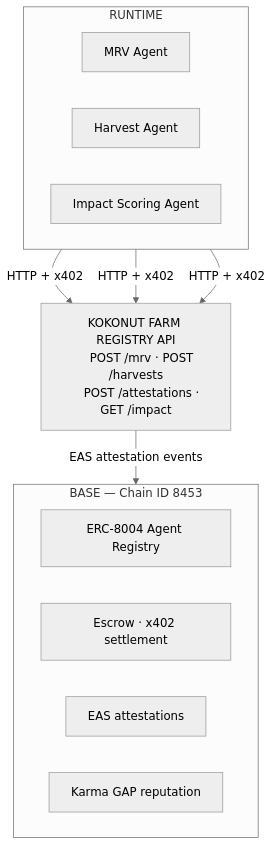
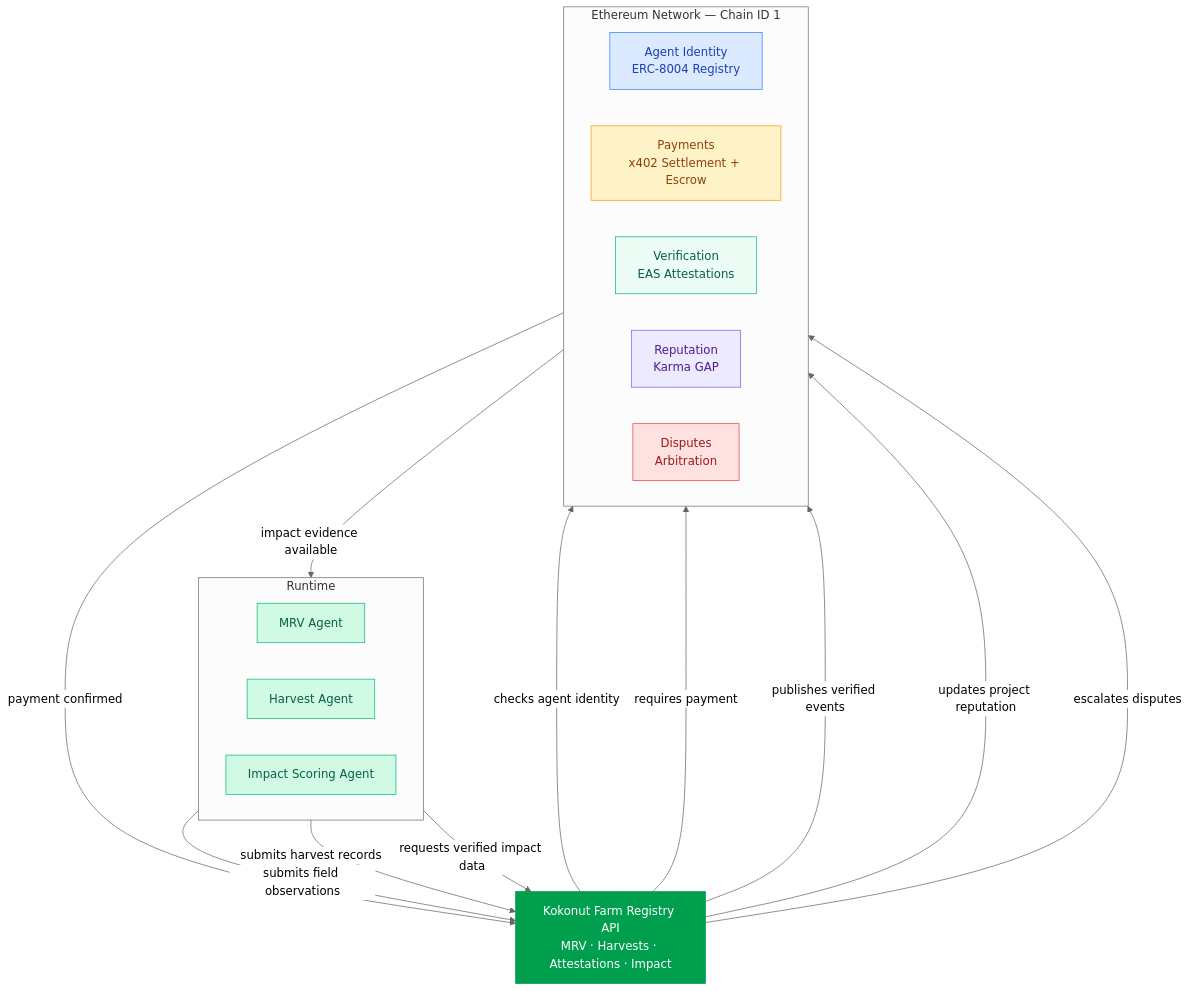
Before and after one commit to wasalo/Kokonut-Public-Site: the first of 2 diagrams in kokonut-x-ai-agents.mdx, drawn with Mermaid (neutral theme). The commit also changed 3 other files, not shown here.

````diff
--- a/kokonut-x-ai-agents.mdx
+++ b/kokonut-x-ai-agents.mdx
@@ -23,26 +23,43 @@
 ```mermaid
 flowchart TD
-    subgraph OS["RUNTIME"]
+    subgraph OS["Runtime"]
         direction LR
         MRV["MRV Agent"]
         HA["Harvest Agent"]
         ISA["Impact Scoring Agent"]
     end
 
-    API["KOKONUT FARM REGISTRY API
-    POST /mrv · POST /harvests
-    POST /attestations · GET /impact"]
+    API["Kokonut Farm Registry API\nMRV · Harvests · Attestations · Impact"]
 
-    subgraph BASE["BASE — Chain ID 8453"]
+    subgraph ETHEREUM["Ethereum Network — Chain ID 1"]
         direction LR
-        ERC["ERC-8004 Agent Registry"]
-        ESC["Escrow · x402 settlement"]
-        EAS["EAS attestations"]
-        KAR["Karma GAP reputation"]
+        ID["Agent Identity\nERC-8004 Registry"]
+        PAY["Payments\nx402 Settlement + Escrow"]
+        ATT["Verification\nEAS Attestations"]
+        REP["Reputation\nKarma GAP"]
+        DIS["Disputes\nArbitration"]
     end
 
-    MRV -->|"HTTP + x402"| API
-    HA -->|"HTTP + x402"| API
-    ISA -->|"HTTP + x402"| API
-    API -->|"EAS attestation events"| BASE
+    MRV -->|"submits field observations"| API
+    HA -->|"submits harvest records"| API
+    ISA -->|"requests verified impact data"| API
+
+    API -->|"checks agent identity"| ID
+    API -->|"requires payment"| PAY
+    API -->|"publishes verified events"| ATT
+    API -->|"updates project reputation"| REP
+    API -->|"escalates disputes"| DIS
+
+    PAY -->|"payment confirmed"| API
+    ATT -->|"impact evidence available"| ISA
+
+    style MRV fill:#d1fae5,stroke:#10b981,color:#065f46
+    style HA fill:#d1fae5,stroke:#10b981,color:#065f46
+    style ISA fill:#d1fae5,stroke:#10b981,color:#065f46
+    style API fill:#009F4D,stroke:#009F4D,color:#ffffff
+    style ID fill:#dbeafe,stroke:#3b82f6,color:#1e40af
+    style PAY fill:#fef3c7,stroke:#f59e0b,color:#92400e
+    style ATT fill:#ecfdf5,stroke:#10b981,color:#065f46
+    style REP fill:#ede9fe,stroke:#8b5cf6,color:#4c1d95
+    style DIS fill:#fee2e2,stroke:#ef4444,color:#991b1b
 ```
````
